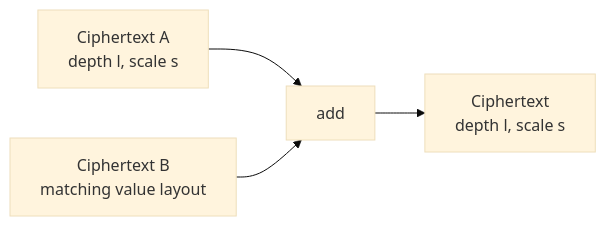
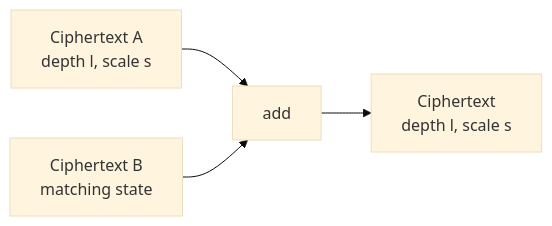
One commit to visualDust/fhelium changed the second of 6 diagrams in docs/concepts/ckks/evaluator-operation-transitions.md. Above: the diagram before and after it, drawn with Mermaid (base theme). The commit also changed other lines of this file and 475 other files, not shown here.

````diff
--- a/docs/concepts/ckks/evaluator-operation-transitions.md
+++ b/docs/concepts/ckks/evaluator-operation-transitions.md
@@ -9,10 +29,10 @@
 ```mermaid
 flowchart LR
     A[Ciphertext A<br/>depth l, scale s]
-    B[Ciphertext B<br/>matching value layout]
+    B[Ciphertext B<br/>matching state]
     ADD[add]
     C[Ciphertext<br/>depth l, scale s]
     A --> ADD
     B --> ADD
     ADD --> C
 ```
````
